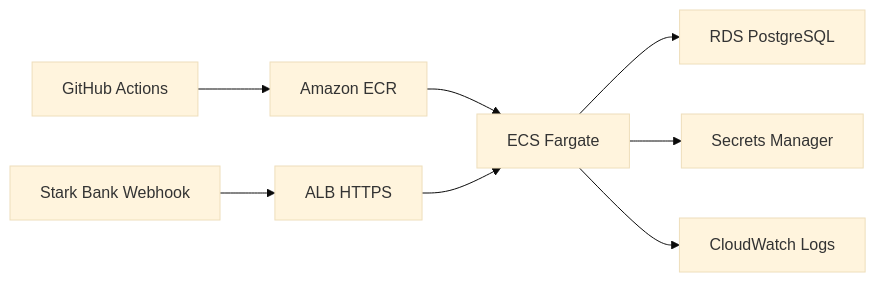
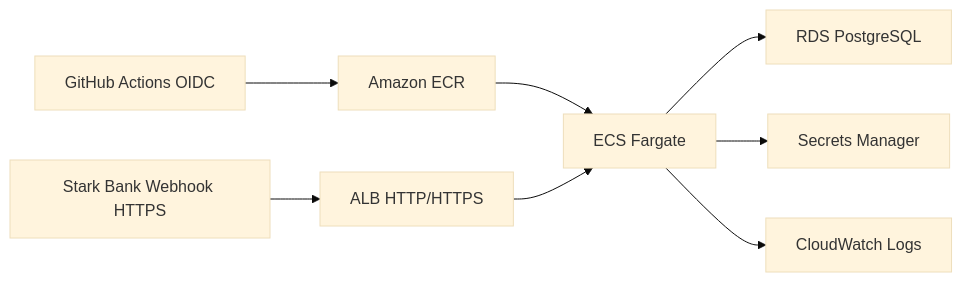
Before and after one commit to lstavares/starkbank-backend-trial: the diagram in docs/aws-deployment.md, drawn with Mermaid (base theme). The commit also changed other lines of this file and 20 other files, not shown here.

````diff
--- a/docs/aws-deployment.md
+++ b/docs/aws-deployment.md
@@ -24,10 +24,10 @@
 ```mermaid
 flowchart LR
-    GitHub["GitHub Actions"] --> ECR["Amazon ECR"]
+    GitHub["GitHub Actions OIDC"] --> ECR["Amazon ECR"]
     ECR --> ECS["ECS Fargate"]
-    ALB["ALB HTTPS"] --> ECS
+    ALB["ALB HTTP/HTTPS"] --> ECS
     ECS --> RDS["RDS PostgreSQL"]
     ECS --> Secrets["Secrets Manager"]
     ECS --> Logs["CloudWatch Logs"]
-    Stark["Stark Bank Webhook"] --> ALB
+    Stark["Stark Bank Webhook HTTPS"] --> ALB
 ```
````
